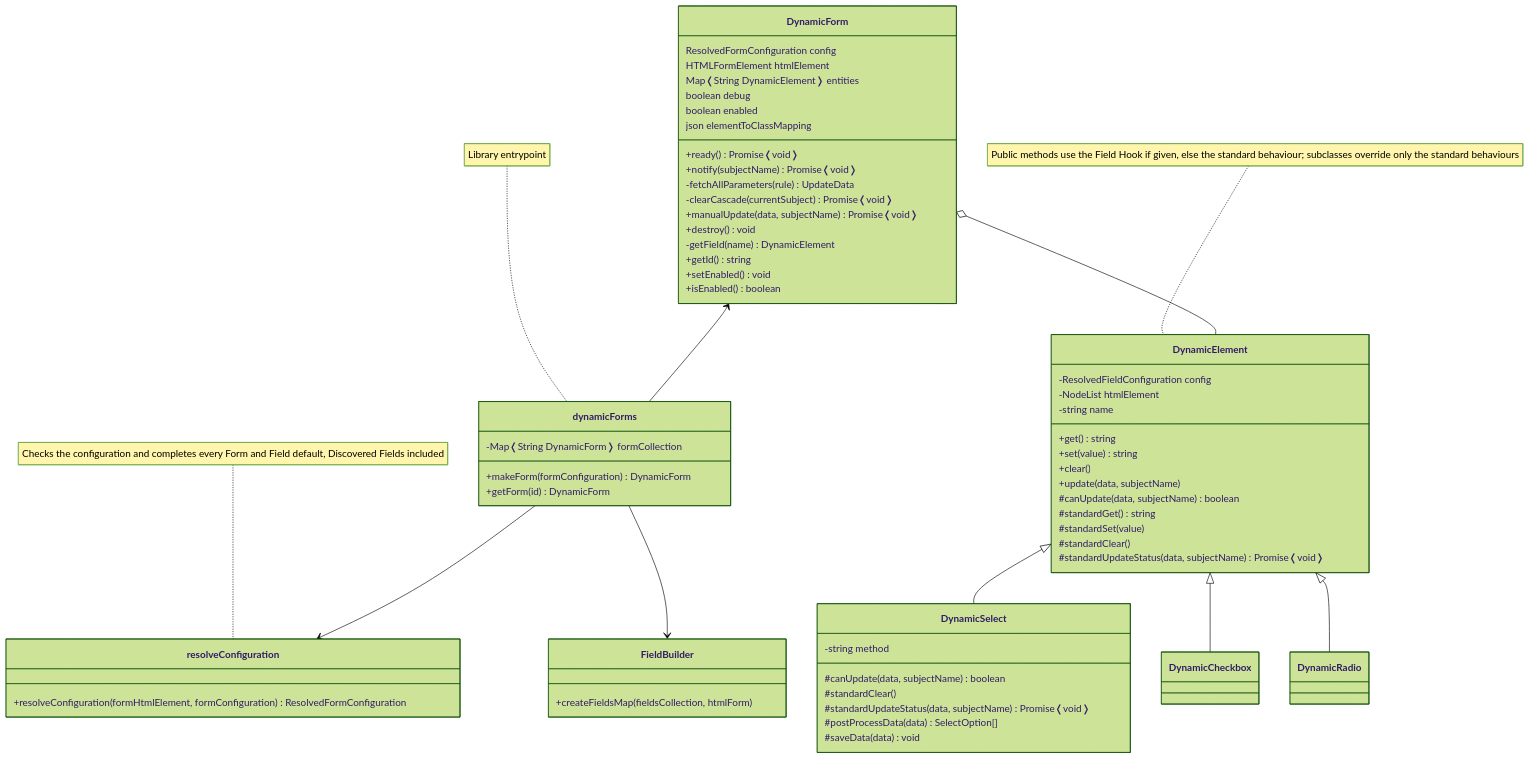
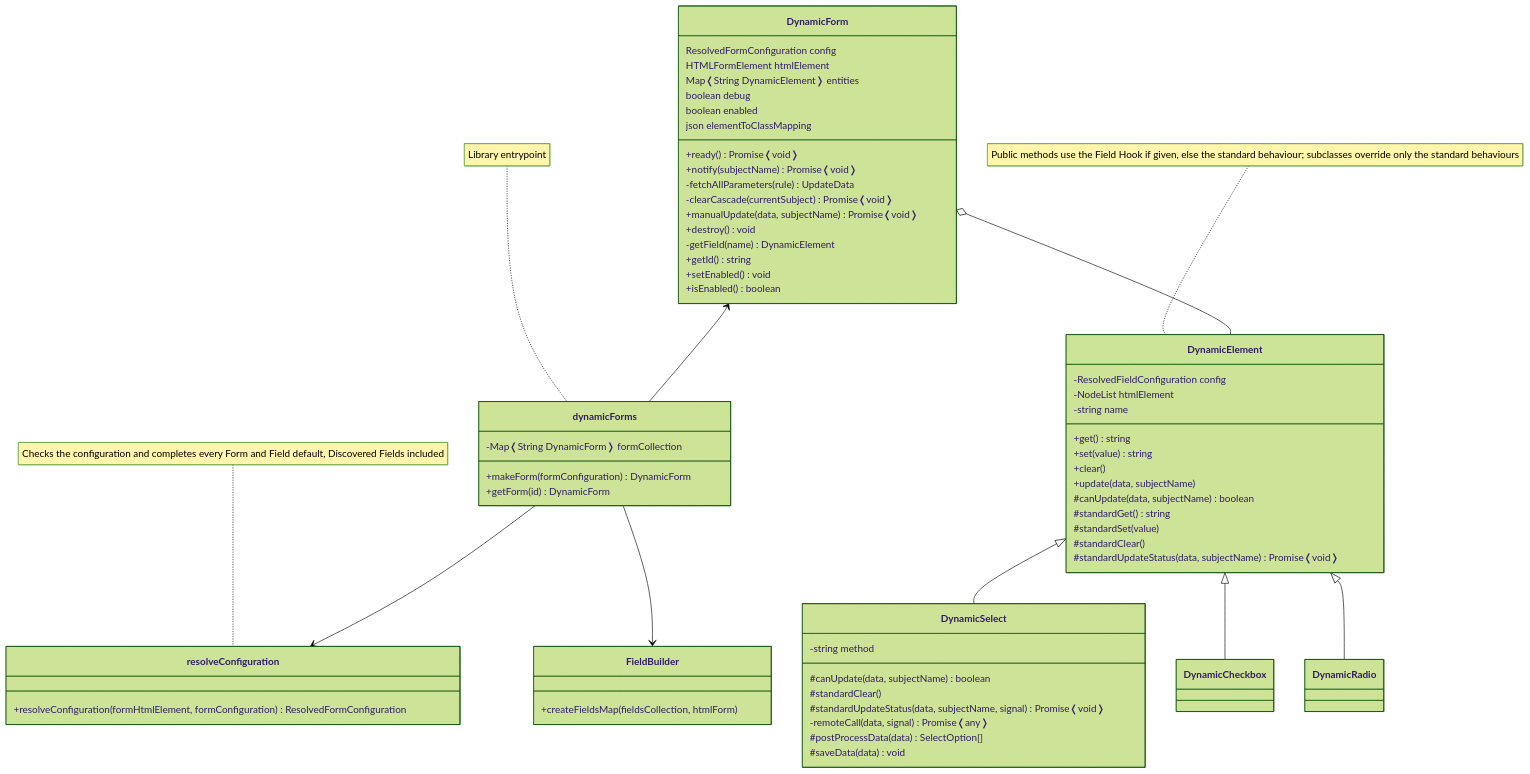
One commit to simomosi/dynamic-forms changed the diagram in docs/dev/contribute.md. Above: the diagram before and after it, drawn with Mermaid (forest theme). The commit also changed 9 other files, not shown here.

First line of the commit message:
Add select.loadOptions and reject failed remote calls with RemoteCallError

````diff
--- a/docs/dev/contribute.md
+++ b/docs/dev/contribute.md
@@ -41,78 +41,79 @@
 ```mermaid
 classDiagram
 
     class DynamicForm {
         ResolvedFormConfiguration config
         HTMLFormElement htmlElement
         Map❬String DynamicElement❭ entities
         boolean debug
         boolean enabled
         json elementToClassMapping
 
         +ready() Promise❬void❭
         +notify(subjectName) Promise❬void❭
         -fetchAllParameters(rule) UpdateData
         -clearCascade(currentSubject) Promise❬void❭
         +manualUpdate(data, subjectName) Promise❬void❭
         +destroy() void
         -getField(name) DynamicElement
         +getId() string
         +setEnabled() void
         +isEnabled() boolean
     }
 
     class dynamicForms {
         -Map❬String DynamicForm❭ formCollection
         +makeForm(formConfiguration) DynamicForm
         +getForm(id) DynamicForm
     }
 
     note for dynamicForms "Library entrypoint"
 
     class resolveConfiguration {
         +resolveConfiguration(formHtmlElement, formConfiguration) ResolvedFormConfiguration
     }
 
     note for resolveConfiguration "Checks the configuration and completes every Form and Field default, Discovered Fields included"
 
     class FieldBuilder {
         +createFieldsMap(fieldsCollection, htmlForm)
     }
 
     class DynamicElement {
         -ResolvedFieldConfiguration config
         -NodeList htmlElement
         -string name
         +get() string
         +set(value) string
         +clear()
         +update(data, subjectName)
         #canUpdate(data, subjectName) boolean
         #standardGet() string
         #standardSet(value)
         #standardClear()
         #standardUpdateStatus(data, subjectName) Promise❬void❭
     }
 
     note for DynamicElement "Public methods use the Field Hook if given, else the standard behaviour; subclasses override only the standard behaviours"
 
     class DynamicSelect {
         -string method
         #canUpdate(data, subjectName) boolean
         #standardClear()
-        #standardUpdateStatus(data, subjectName) Promise❬void❭
+        #standardUpdateStatus(data, subjectName, signal) Promise❬void❭
+        -remoteCall(data, signal) Promise❬any❭
         #postProcessData(data) SelectOption[]
         #saveData(data) void
     }
 
     dynamicForms --> resolveConfiguration
     dynamicForms --> FieldBuilder
 
     DynamicForm <-- dynamicForms
     DynamicForm o-- DynamicElement
 
     DynamicElement <|-- DynamicSelect
     DynamicElement <|-- DynamicCheckbox
     DynamicElement <|-- DynamicRadio
 
 ```
````
